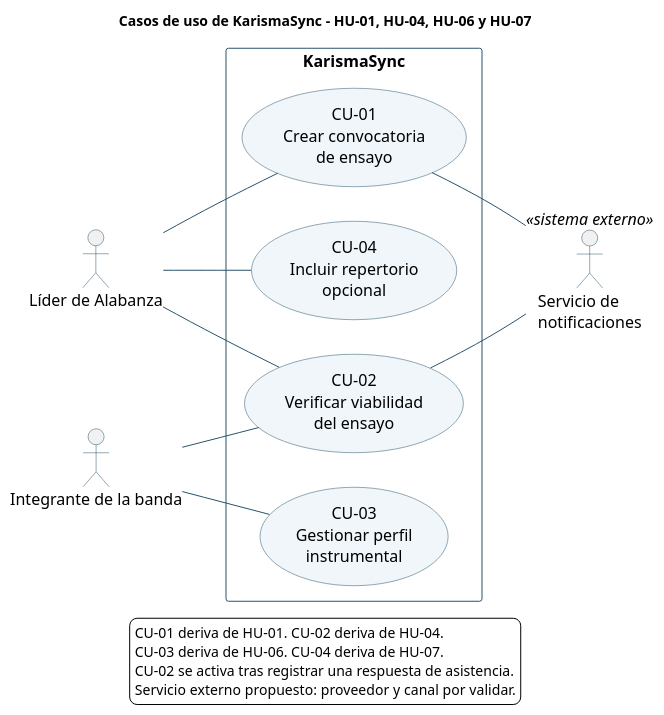
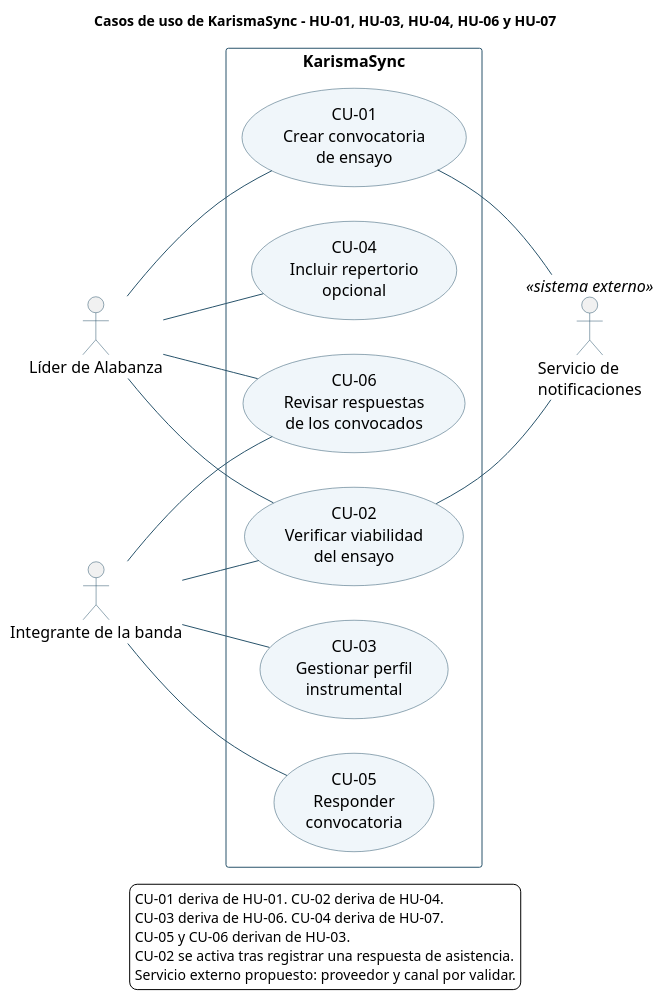
The diagram in diagramas/casos-de-uso.puml (Ayiness/KarismaSync), drawn with PlantUML before and after one commit. The commit also changed 13 other files, not shown here.

```diff
--- a/diagramas/casos-de-uso.puml
+++ b/diagramas/casos-de-uso.puml
@@ -1,43 +1,50 @@
 @startuml
-title Casos de uso de KarismaSync - HU-01, HU-04, HU-06 y HU-07
+title Casos de uso de KarismaSync - HU-01, HU-03, HU-04, HU-06 y HU-07
 left to right direction
 skinparam backgroundColor white
 skinparam shadowing false
 skinparam defaultFontName SansSerif
 skinparam defaultFontSize 16
 skinparam ArrowColor #28536B
 skinparam actorBorderColor #28536B
 skinparam usecaseBorderColor #28536B
 skinparam usecaseBackgroundColor #F0F6FA
 skinparam rectangleBorderColor #28536B
 skinparam noteBackgroundColor #FFF8DE
 skinparam noteBorderColor #BBA46B
 
 actor "Líder de Alabanza" as Lider
 actor "Integrante de la banda" as Integrante
 actor "Servicio de\nnotificaciones" as Notificaciones <<sistema externo>>
 
 rectangle "KarismaSync" {
   usecase "CU-01\nCrear convocatoria\nde ensayo" as CU01
   usecase "CU-02\nVerificar viabilidad\ndel ensayo" as CU02
   usecase "CU-03\nGestionar perfil\ninstrumental" as CU03
   usecase "CU-04\nIncluir repertorio\nopcional" as CU04
+  usecase "CU-05\nResponder\nconvocatoria" as CU05
+  usecase "CU-06\nRevisar respuestas\nde los convocados" as CU06
 }
 
 Lider -- CU01
 CU01 -- Notificaciones
 
 Lider -- CU02
 Integrante -- CU02
 CU02 -- Notificaciones
 
 Integrante -- CU03
 Lider -- CU04
 
+Integrante -- CU05
+Lider -- CU06
+Integrante -- CU06
+
 legend bottom
   CU-01 deriva de HU-01. CU-02 deriva de HU-04.
   CU-03 deriva de HU-06. CU-04 deriva de HU-07.
+  CU-05 y CU-06 derivan de HU-03.
   CU-02 se activa tras registrar una respuesta de asistencia.
   Servicio externo propuesto: proveedor y canal por validar.
 endlegend
 @enduml
```
